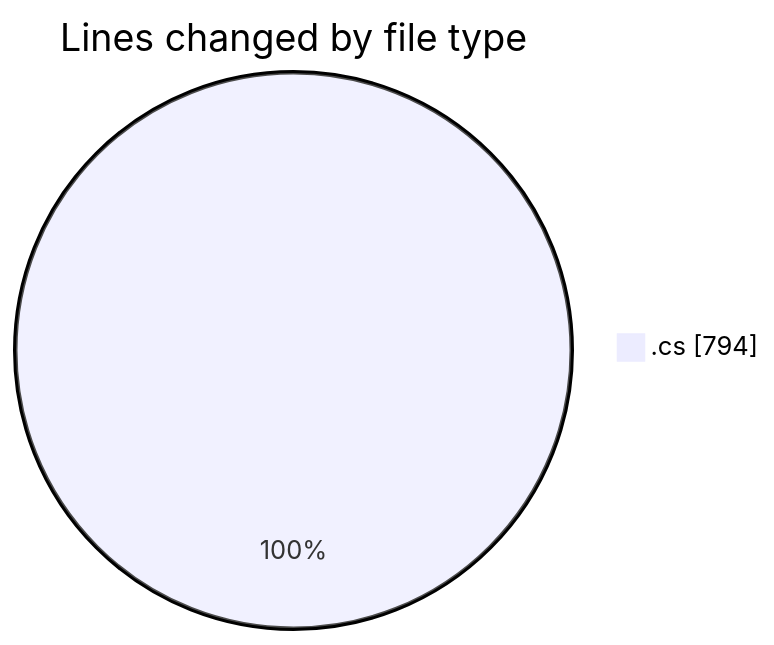
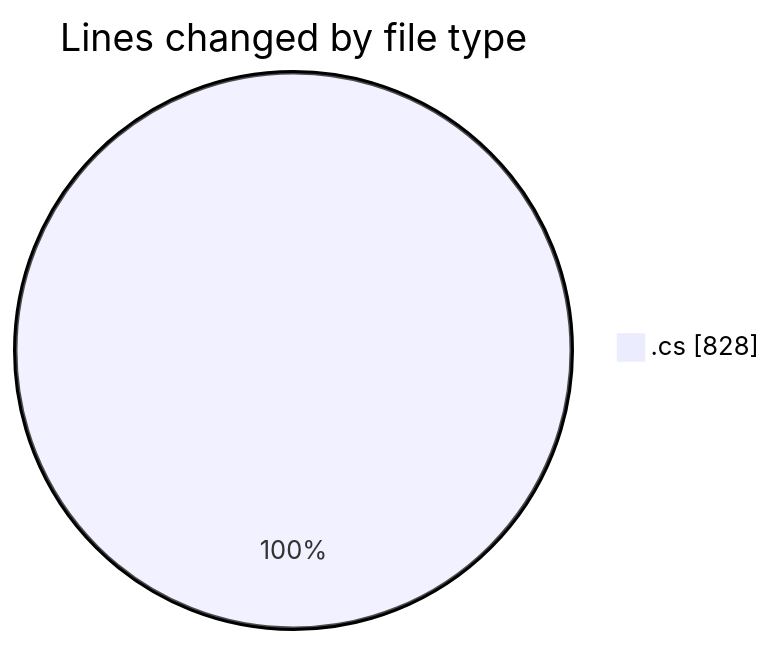
Before and after one commit to Netris89/code-tracking: the first of 2 diagrams in 2025-03-22/back-end/README.md, drawn with Mermaid. The commit also changed other lines of this file and 1 other file, not shown here.

````diff
--- a/2025-03-22/back-end/README.md
+++ b/2025-03-22/back-end/README.md
@@ -25,5 +26,5 @@
 ```mermaid
 pie showData
 title Lines changed by file type
-".cs" : 794
+".cs" : 828
 ```
````
